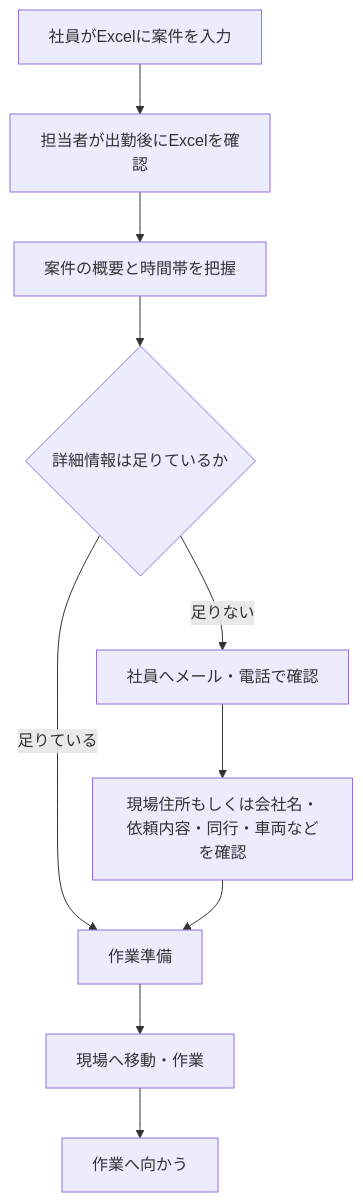
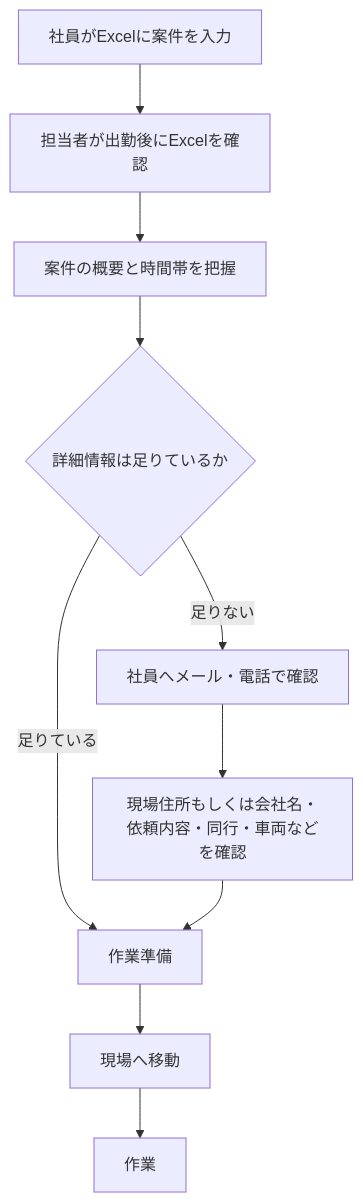
The first of 2 diagrams in docs/business-flow.md (yuya-dev-dev/schedule-system), drawn with Mermaid before and after one commit. The commit also changed other lines of this file and 7 other files, not shown here.

````diff
--- a/docs/business-flow.md
+++ b/docs/business-flow.md
@@ -18,12 +18,12 @@
 ```mermaid
 flowchart TD
     A["社員がExcelに案件を入力"] --> B["担当者が出勤後にExcelを確認"]
     B --> C["案件の概要と時間帯を把握"]
     C --> D{"詳細情報は足りているか"}
     D -- "足りている" --> E["作業準備"]
     D -- "足りない" --> F["社員へメール・電話で確認"]
     F --> G["現場住所もしくは会社名・依頼内容・同行・車両などを確認"]
     G --> E
-    E --> H["現場へ移動・作業"]
-    H --> I["作業へ向かう"]
+    E --> H["現場へ移動"]
+    H --> I["作業"]
 ```
````
